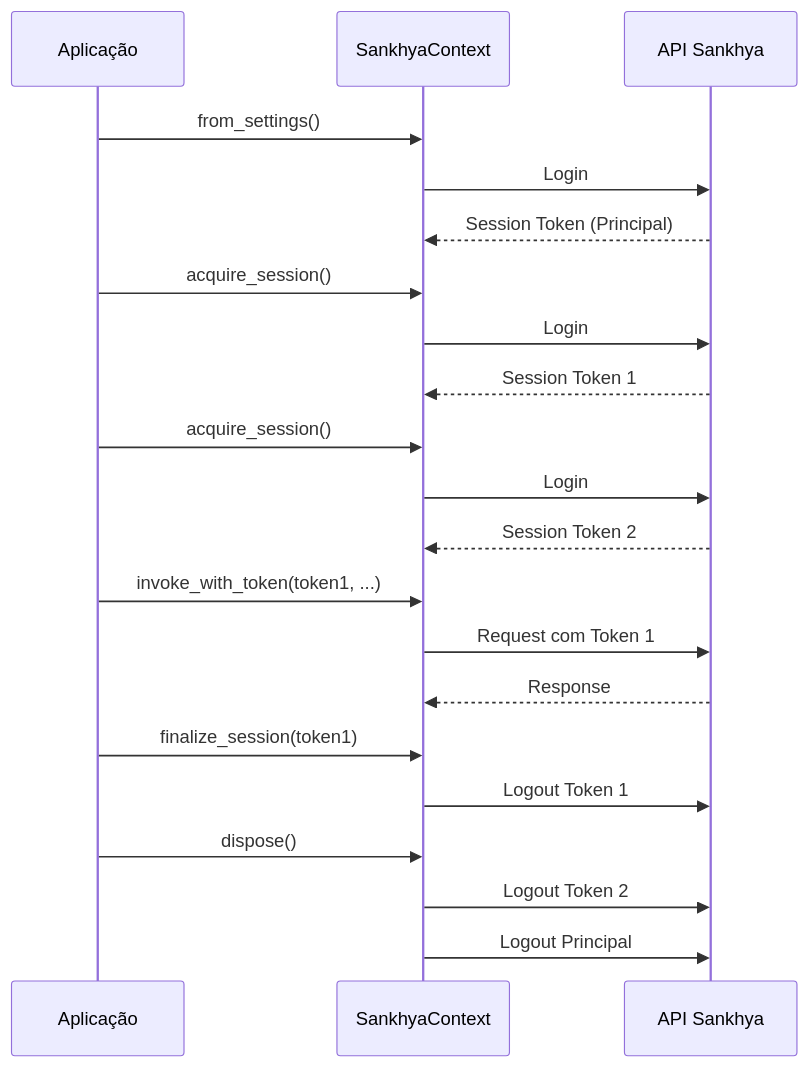
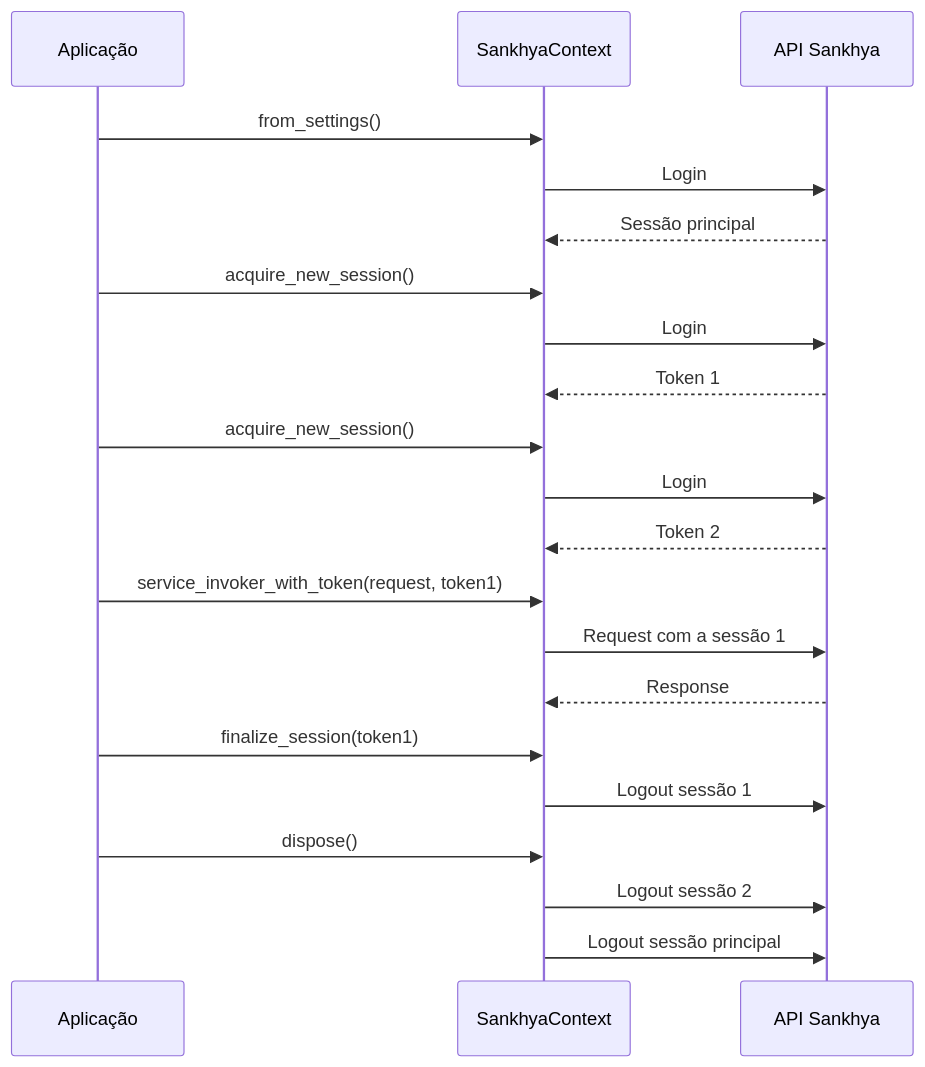
Before and after one commit to ssmvictor/Sankhya-SDK-python: the diagram in docs/getting-started/authentication.md, drawn with Mermaid. The commit also changed other lines of this file and 3 other files, not shown here.

````diff
--- a/docs/getting-started/authentication.md
+++ b/docs/getting-started/authentication.md
@@ -213,29 +213,29 @@
 ```mermaid
 sequenceDiagram
     participant App as Aplicação
     participant Ctx as SankhyaContext
     participant API as API Sankhya
     
     App->>Ctx: from_settings()
     Ctx->>API: Login
-    API-->>Ctx: Session Token (Principal)
+    API-->>Ctx: Sessão principal
     
-    App->>Ctx: acquire_session()
+    App->>Ctx: acquire_new_session()
     Ctx->>API: Login
-    API-->>Ctx: Session Token 1
+    API-->>Ctx: Token 1
     
-    App->>Ctx: acquire_session()
+    App->>Ctx: acquire_new_session()
     Ctx->>API: Login
-    API-->>Ctx: Session Token 2
+    API-->>Ctx: Token 2
     
-    App->>Ctx: invoke_with_token(token1, ...)
-    Ctx->>API: Request com Token 1
+    App->>Ctx: service_invoker_with_token(request, token1)
+    Ctx->>API: Request com a sessão 1
     API-->>Ctx: Response
     
     App->>Ctx: finalize_session(token1)
-    Ctx->>API: Logout Token 1
+    Ctx->>API: Logout sessão 1
     
     App->>Ctx: dispose()
-    Ctx->>API: Logout Token 2
-    Ctx->>API: Logout Principal
+    Ctx->>API: Logout sessão 2
+    Ctx->>API: Logout sessão principal
 ```
````
